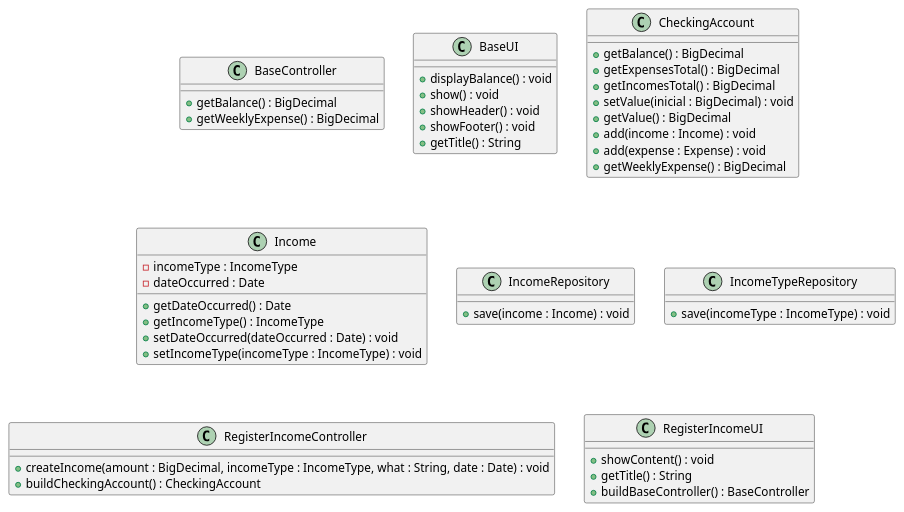
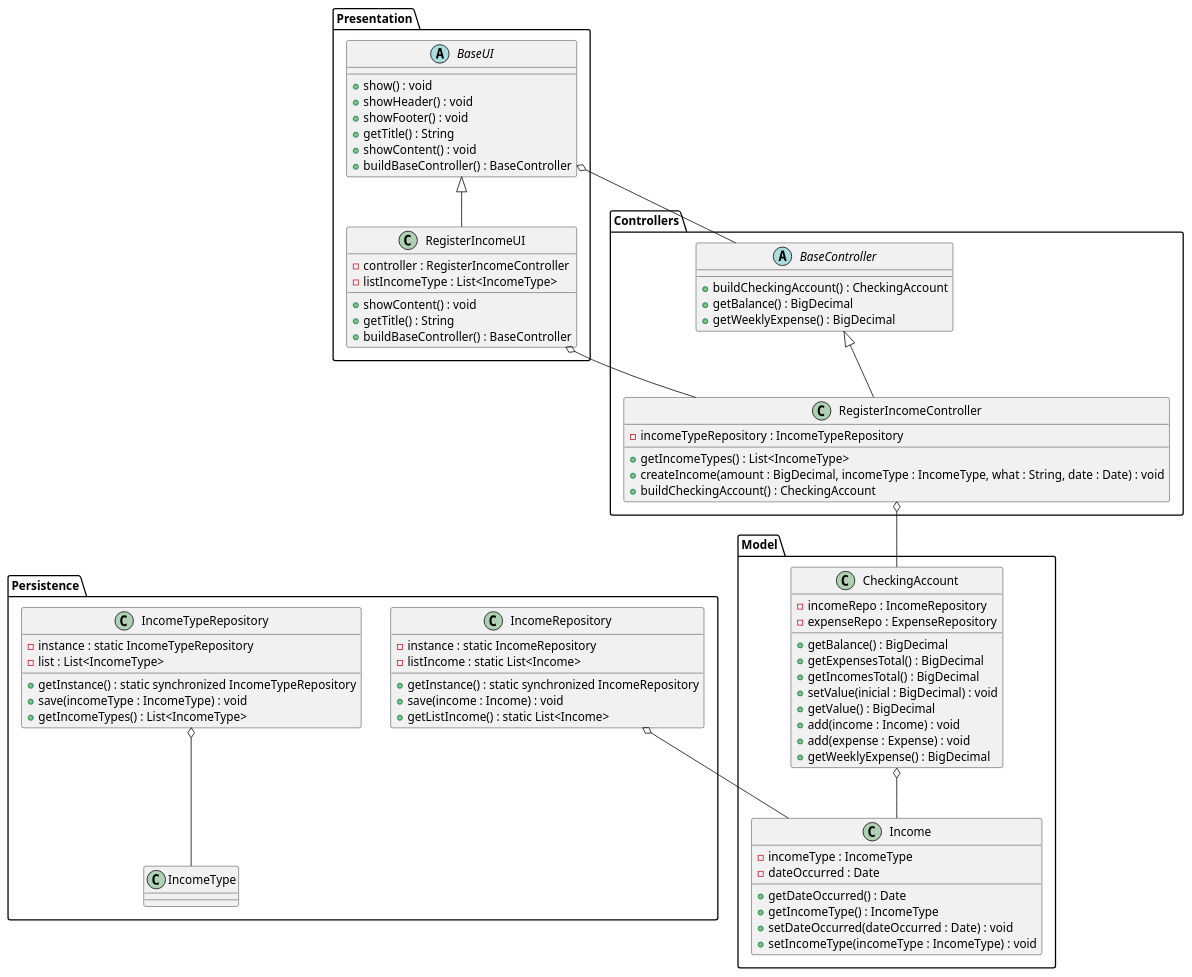
One commit to sh4r10/thesis-autogen-classdiagrams changed the diagram in artefacts/controlled-experiment/project-3/t5-no-haf.puml. Above: the diagram before and after it, drawn with PlantUML. The commit also changed other lines of this file and 171 other files, not shown here.

```diff
--- a/artefacts/controlled-experiment/project-3/t5-no-haf.puml
+++ b/artefacts/controlled-experiment/project-3/t5-no-haf.puml
@@ -1,54 +1,90 @@
 @startuml
-class BaseController {
-    +getBalance() : BigDecimal
-    +getWeeklyExpense() : BigDecimal
+package Controllers {
+    abstract class BaseController {
+        +buildCheckingAccount() : CheckingAccount
+        +getBalance() : BigDecimal
+        +getWeeklyExpense() : BigDecimal
+    }
+
+    class RegisterIncomeController {
+        -incomeTypeRepository : IncomeTypeRepository
+        +getIncomeTypes() : List<IncomeType>
+        +createIncome(amount : BigDecimal, incomeType : IncomeType, what : String, date : Date) : void
+        +buildCheckingAccount() : CheckingAccount
+    }
+
+    BaseController <|-- RegisterIncomeController
 }
 
-class BaseUI {
-    +displayBalance() : void
-    +show() : void
-    +showHeader() : void
-    +showFooter() : void
-    +getTitle() : String
+package Presentation {
+    abstract class BaseUI {
+        +show() : void
+        +showHeader() : void
+        +showFooter() : void
+        +getTitle() : String
+        +showContent() : void
+        +buildBaseController() : BaseController
+    }
+
+    class RegisterIncomeUI {
+        -controller : RegisterIncomeController
+        -listIncomeType : List<IncomeType>
+        +showContent() : void
+        +getTitle() : String
+        +buildBaseController() : BaseController
+    }
+
+    BaseUI <|-- RegisterIncomeUI
 }
 
-class CheckingAccount {
-    +getBalance() : BigDecimal
-    +getExpensesTotal() : BigDecimal
-    +getIncomesTotal() : BigDecimal
-    +setValue(inicial : BigDecimal) : void
-    +getValue() : BigDecimal
-    +add(income : Income) : void
-    +add(expense : Expense) : void
-    +getWeeklyExpense() : BigDecimal
+package Model {
+    class CheckingAccount {
+        -incomeRepo : IncomeRepository
+        -expenseRepo : ExpenseRepository
+        +getBalance() : BigDecimal
+        +getExpensesTotal() : BigDecimal
+        +getIncomesTotal() : BigDecimal
+        +setValue(inicial : BigDecimal) : void
+        +getValue() : BigDecimal
+        +add(income : Income) : void
+        +add(expense : Expense) : void
+        +getWeeklyExpense() : BigDecimal
+    }
+
+    class Income {
+        -incomeType : IncomeType
+        -dateOccurred : Date
+        +getDateOccurred() : Date
+        +getIncomeType() : IncomeType
+        +setDateOccurred(dateOccurred : Date) : void
+        +setIncomeType(incomeType : IncomeType) : void
+    }
+
+    CheckingAccount o-- Income
 }
 
-class Income {
-    -incomeType : IncomeType
-    -dateOccurred : Date
-    +getDateOccurred() : Date
-    +getIncomeType() : IncomeType
-    +setDateOccurred(dateOccurred : Date) : void
-    +setIncomeType(incomeType : IncomeType) : void
+package Persistence {
+    class IncomeRepository {
+        -instance : static IncomeRepository
+        -listIncome : static List<Income>
+        +getInstance() : static synchronized IncomeRepository
+        +save(income : Income) : void
+        +getListIncome() : static List<Income>
+    }
+
+    class IncomeTypeRepository {
+        -instance : static IncomeTypeRepository
+        -list : List<IncomeType>
+        +getInstance() : static synchronized IncomeTypeRepository
+        +save(incomeType : IncomeType) : void
+        +getIncomeTypes() : List<IncomeType>
+    }
+
+    IncomeRepository o-- Income
+    IncomeTypeRepository o-- IncomeType
 }
 
-class IncomeRepository {
-    +save(income : Income) : void
-}
-
-class IncomeTypeRepository {
-    +save(incomeType : IncomeType) : void
-}
-
-class RegisterIncomeController {
-    +createIncome(amount : BigDecimal, incomeType : IncomeType, what : String, date : Date) : void
-    +buildCheckingAccount() : CheckingAccount
-}
-
-class RegisterIncomeUI {
-    +showContent() : void
-    +getTitle() : String
-    +buildBaseController() : BaseController
-}
-
+RegisterIncomeController o-- CheckingAccount
+RegisterIncomeUI o-- RegisterIncomeController
+BaseUI o-- BaseController
 @enduml
```
